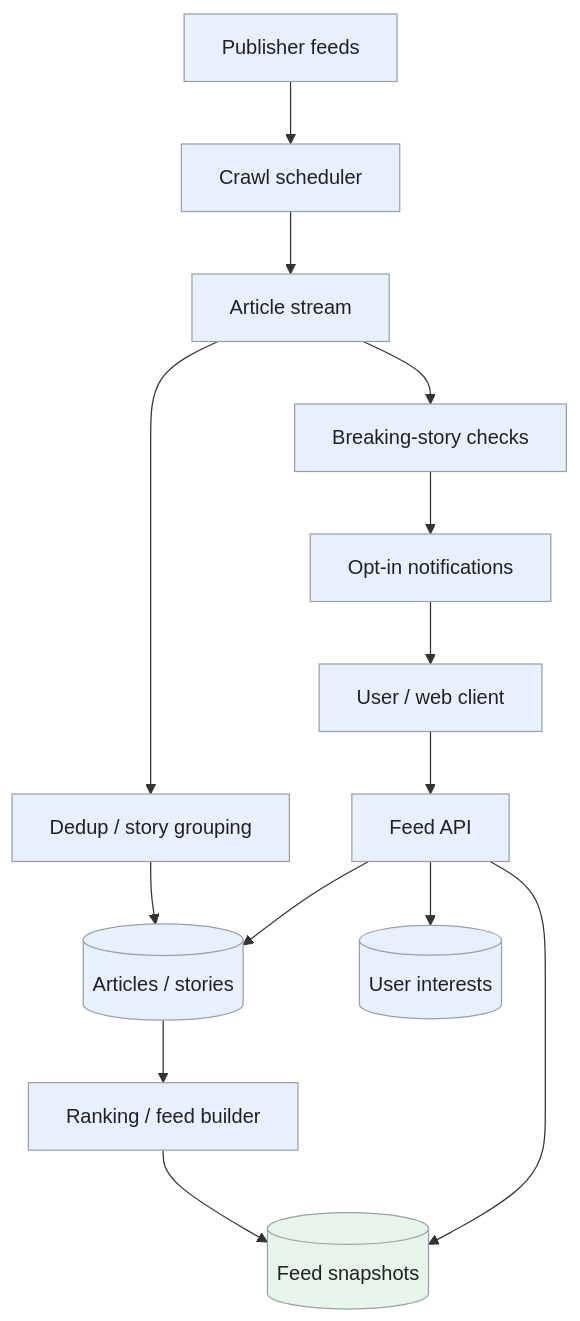
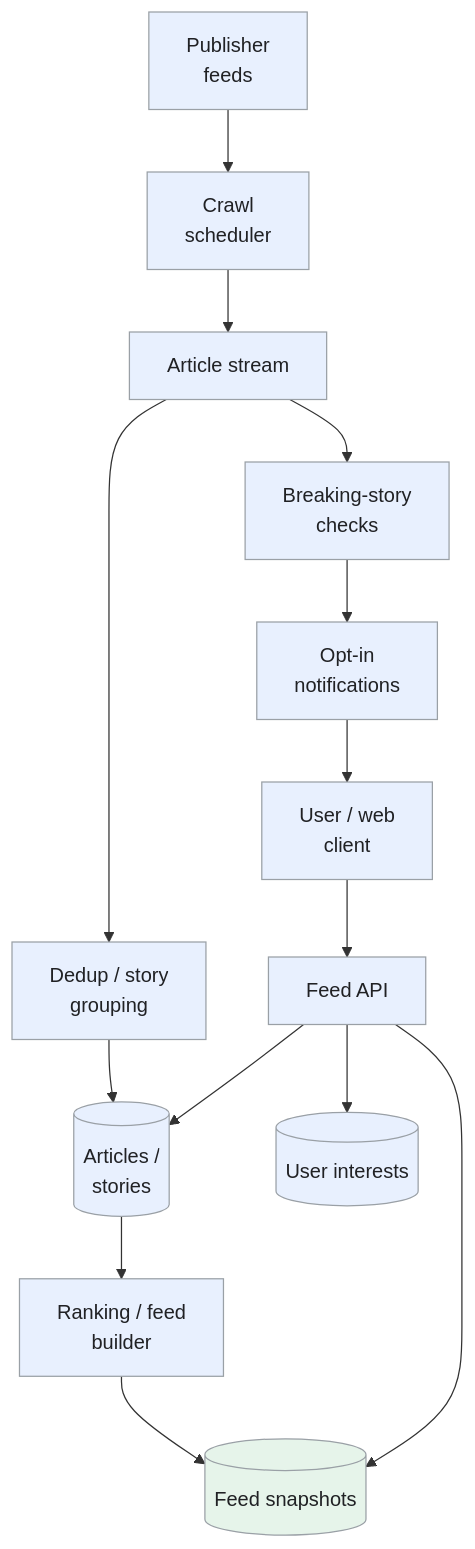
One commit to iliazlobin/iliazlobin.github.io changed the first of 5 diagrams in _designs/system-design-google-news.md. Above: the diagram before and after it, drawn with Mermaid. The commit also changed other lines of this file and 116 other files, not shown here.

````diff
--- a/_designs/system-design-google-news.md
+++ b/_designs/system-design-google-news.md
@@ -138,21 +139,21 @@
 ```mermaid
 flowchart TB
-  PUB["Publisher feeds"] --> C["Crawl scheduler"]
+  PUB["Publisher<br>feeds"] --> C["Crawl<br>scheduler"]
   C --> E["Article stream"]
-  E --> D["Dedup / story grouping"]
-  D --> DB[("Articles / stories")]
-  DB --> R["Ranking / feed builder"]
+  E --> D["Dedup / story<br>grouping"]
+  D --> DB[("Articles /<br>stories")]
+  DB --> R["Ranking / feed<br>builder"]
   R --> CACHE[("Feed snapshots")]
-  U["User / web client"] --> API["Feed API"]
+  U["User / web<br>client"] --> API["Feed API"]
   API --> CACHE
   API --> DB
   API --> PROFILE[("User interests")]
-  E --> BREAK["Breaking-story checks"]
-  BREAK --> N["Opt-in notifications"]
+  E --> BREAK["Breaking-story<br>checks"]
+  BREAK --> N["Opt-in<br>notifications"]
   N --> U
   classDef request fill:#e8f0fe,stroke:#9aa0a6,color:#202124,stroke-width:1px
   classDef background fill:#e6f4ea,stroke:#9aa0a6,color:#202124,stroke-width:1px
   classDef control fill:#fef7e0,stroke:#9aa0a6,color:#202124,stroke-width:1px
   class PUB,C,E,D,DB,R,U,API,PROFILE,BREAK,N request
   class CACHE background
 ```
````
